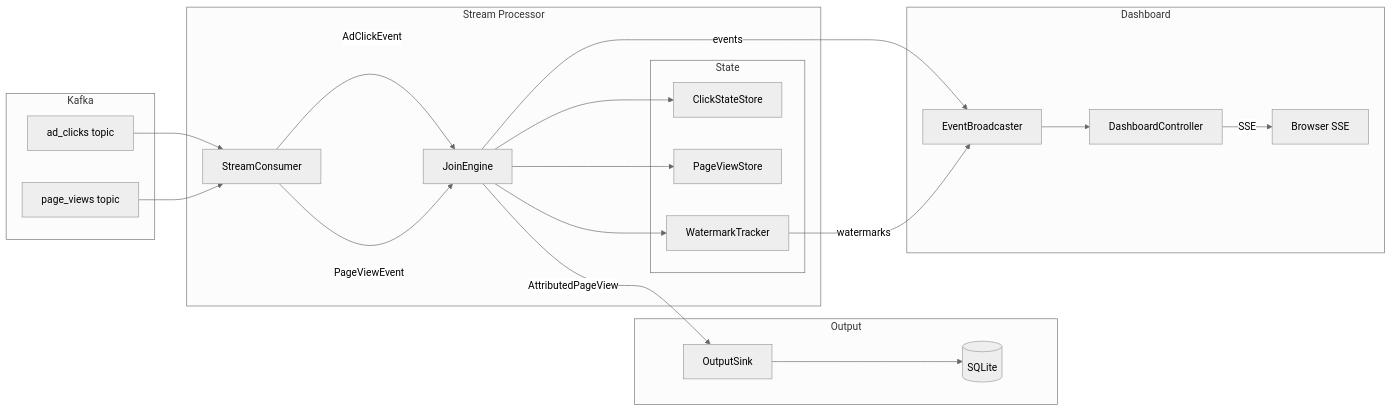
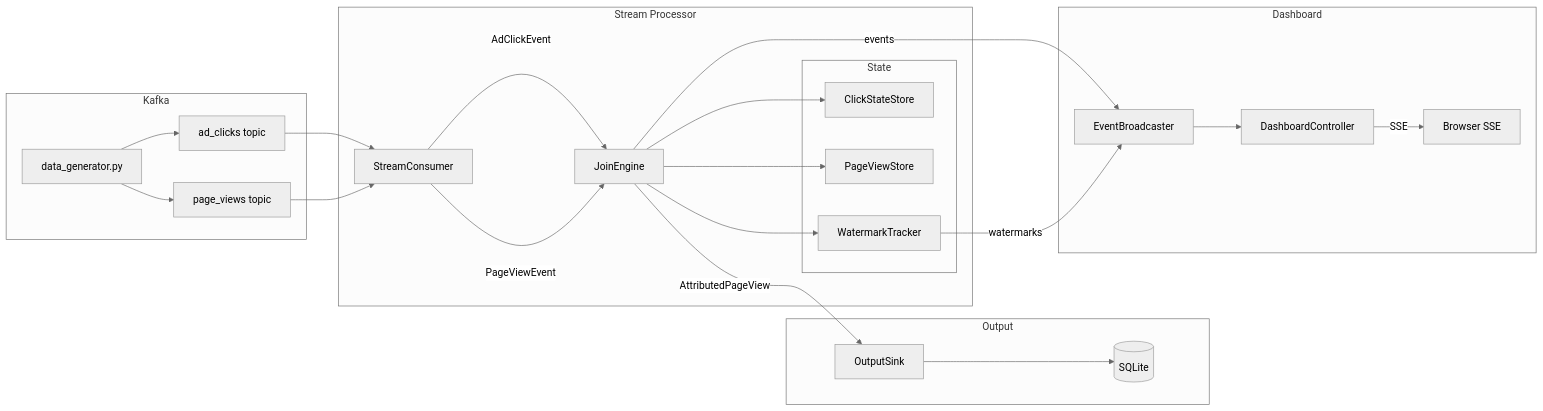
One commit to dfunto/uno-mille changed the diagram in README.md. Above: the diagram before and after it, drawn with Mermaid (neutral theme). The commit also changed other lines of this file, not shown here.

````diff
--- a/README.md
+++ b/README.md
@@ -9,44 +17,46 @@
 ```mermaid
 graph LR
     subgraph Kafka
+        PY[data_generator.py] --> KC
+        PY --> KP
         KC[ad_clicks topic]
         KP[page_views topic]
     end
 
     subgraph Stream Processor
         SC[StreamConsumer]
 
         subgraph State
             CS[ClickStateStore]
             PS[PageViewStore]
             WT[WatermarkTracker]
         end
 
         JE[JoinEngine]
         SC -- AdClickEvent --> JE
         SC -- PageViewEvent --> JE
         JE --> CS
         JE --> PS
         JE --> WT
     end
 
     KC --> SC
     KP --> SC
 
     subgraph Output
         SK[OutputSink]
         DB[(SQLite)]
     end
 
     JE -- AttributedPageView --> SK --> DB
 
     subgraph Dashboard
         EB[EventBroadcaster]
         DC[DashboardController]
         BR[Browser SSE]
     end
 
     JE -- events --> EB
     WT -- watermarks --> EB
     EB --> DC -- SSE --> BR
 ```
````
